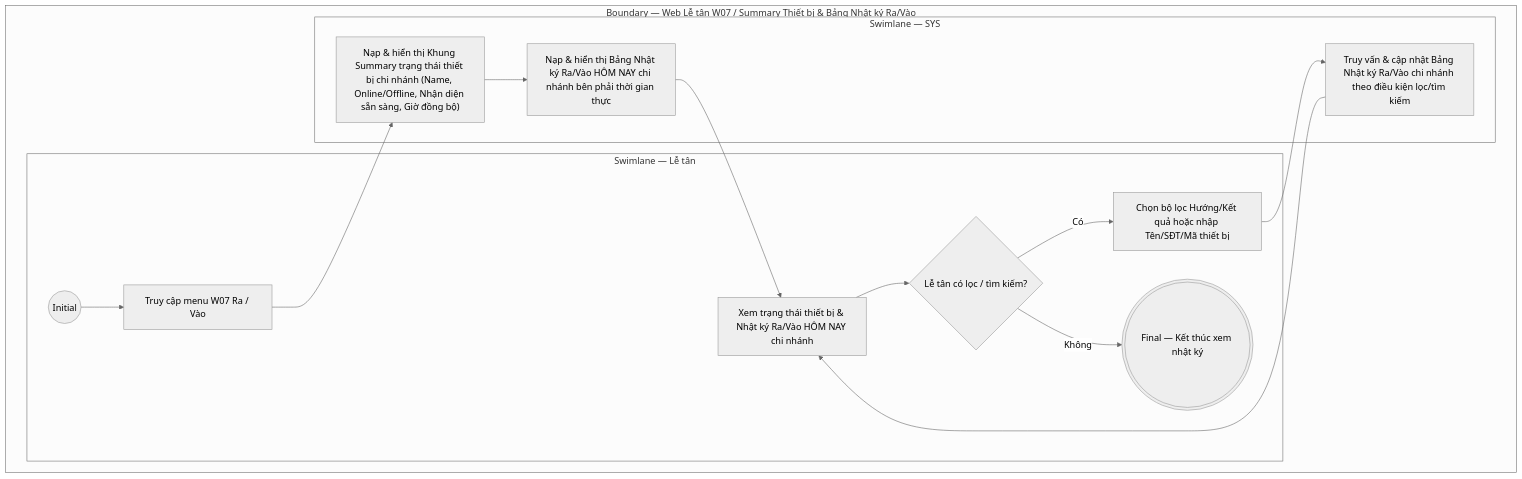
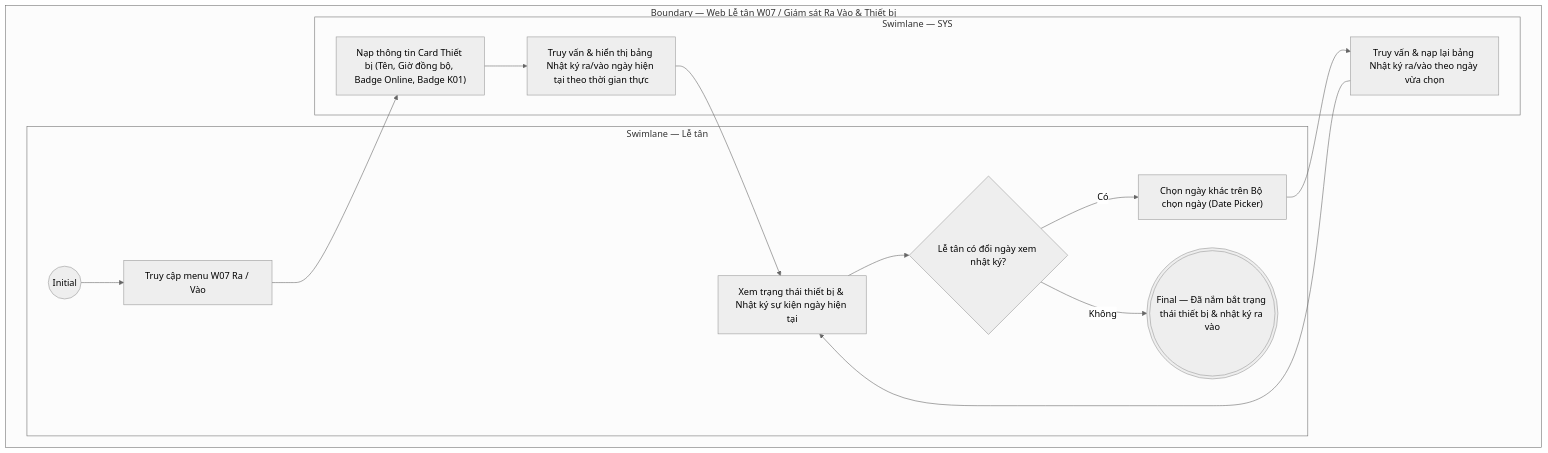
One commit to ThachY-23120411/Paradise-Gym-v2 changed the diagram in docs/user-stories/le-tan/LT-W07-Ra vào & check-in/LT-W07-US03-Xem nhật ký Ra Vào và theo dõi trạng thái thiết bị.md. Above: the diagram before and after it, drawn with Mermaid (neutral theme). The commit also changed other lines of this file and 97 other files, not shown here.

````diff
--- a/docs/user-stories/le-tan/LT-W07-Ra vào & check-in/LT-W07-US03-Xem nhật ký Ra Vào và theo dõi trạng thái thiết bị.md
+++ b/docs/user-stories/le-tan/LT-W07-Ra vào & check-in/LT-W07-US03-Xem nhật ký Ra Vào và theo dõi trạng thái thiết bị.md
@@ -41,27 +66,30 @@
 ```mermaid
 flowchart TB
-  subgraph B["Boundary — Web Lễ tân W07 / Summary Thiết bị & Bảng Nhật ký Ra/Vào"]
+  subgraph B["Boundary — Web Lễ tân W07 / Giám sát Ra Vào & Thiết bị"]
     subgraph L0["Swimlane — Lễ tân"]
       I01(("Initial"))
       A01["Truy cập menu W07 Ra / Vào"]
-      A02["Xem trạng thái thiết bị & Nhật ký Ra/Vào HÔM NAY chi nhánh"]
-      D01{"Lễ tân có lọc / tìm kiếm?"}
-      A03["Chọn bộ lọc Hướng/Kết quả hoặc nhập Tên/SĐT/Mã thiết bị"]
-      F01((("Final — Kết thúc xem nhật ký")))
+      A02["Xem trạng thái thiết bị & Nhật ký sự kiện ngày hiện tại"]
+      D01{"Lễ tân có đổi ngày xem nhật ký?"}
+      A03["Chọn ngày khác trên Bộ chọn ngày (Date Picker)"]
+      F01((("Final — Đã nắm bắt trạng thái thiết bị & nhật ký ra vào")))
 
       I01 --> A01
       A02 --> D01
       D01 -- "Có" --> A03
       D01 -- "Không" --> F01
     end
 
     subgraph L1["Swimlane — SYS"]
-      S01["Nạp & hiển thị Khung Summary trạng thái thiết bị chi nhánh (Name, Online/Offline, Nhận diện sẵn sàng, Giờ đồng bộ)"]
-      S02["Nạp & hiển thị Bảng Nhật ký Ra/Vào HÔM NAY chi nhánh bên phải thời gian thực"]
-      S03["Truy vấn & cập nhật Bảng Nhật ký Ra/Vào chi nhánh theo điều kiện lọc/tìm kiếm"]
+      S01["Nạp thông tin Card Thiết bị (Tên, Giờ đồng bộ, Badge Online, Badge K01)"]
+      S02["Truy vấn & hiển thị bảng Nhật ký ra/vào ngày hiện tại theo thời gian thực"]
+      S03["Truy vấn & nạp lại bảng Nhật ký ra/vào theo ngày vừa chọn"]
 
-      A01 --> S01 --> S02 --> A02
-      A03 --> S03 --> A02
+      A01 --> S01
+      S01 --> S02
+      S02 --> A02
+      A03 --> S03
+      S03 --> A02
     end
   end
 ```
````
